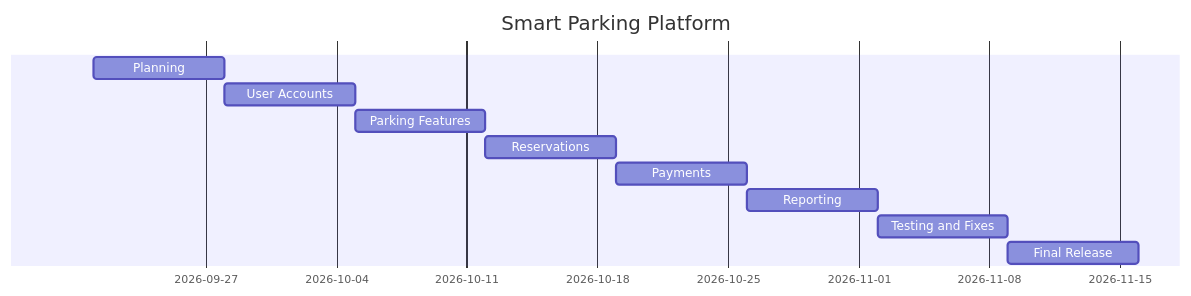
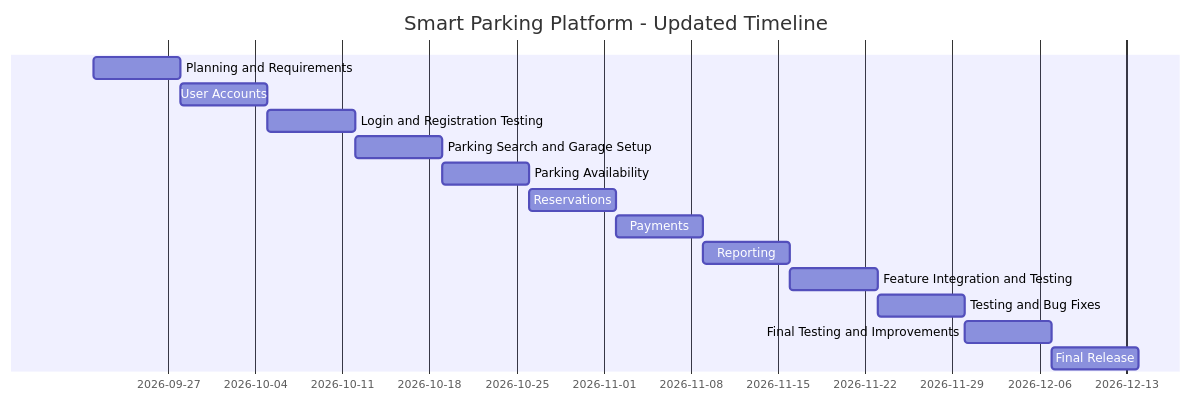
The diagram in Semester-Project.md (RoslynParker/TLIM-3355-), drawn with Mermaid before and after one commit. The commit also changed other lines of this file, not shown here.

````diff
--- a/Semester-Project.md
+++ b/Semester-Project.md
@@ -181,14 +188,18 @@
 ```mermaid
 gantt
-    title Smart Parking Platform
+    title Smart Parking Platform - Updated Timeline
     dateFormat YYYY-MM-DD
 
-    Planning                 :2026-09-21, 7d
-    User Accounts            :2026-09-28, 7d
-    Parking Features         :2026-10-05, 7d
-    Reservations             :2026-10-12, 7d
-    Payments                 :2026-10-19, 7d
-    Reporting                :2026-10-26, 7d
-    Testing and Fixes        :2026-11-02, 7d
-    Final Release            :2026-11-09, 7d
+    Planning and Requirements      :2026-09-21, 7d
+    User Accounts                  :2026-09-28, 7d
+    Login and Registration Testing :2026-10-05, 7d
+    Parking Search and Garage Setup:2026-10-12, 7d
+    Parking Availability           :2026-10-19, 7d
+    Reservations                   :2026-10-26, 7d
+    Payments                       :2026-11-02, 7d
+    Reporting                      :2026-11-09, 7d
+    Feature Integration and Testing:2026-11-16, 7d
+    Testing and Bug Fixes          :2026-11-23, 7d
+    Final Testing and Improvements :2026-11-30, 7d
+    Final Release                  :2026-12-07, 7d
 ```
````
